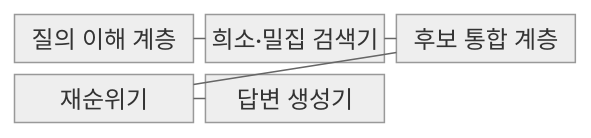
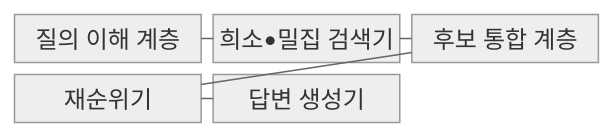
The first of 2 diagrams in src/content/docs/notes/08-latest-tech/086_ai_search.md (agnusdei1207/knowledge-base), drawn with Mermaid (neutral theme) before and after one commit. The commit also changed other lines of this file and 953 other files, not shown here.

````diff
--- a/src/content/docs/notes/08-latest-tech/086_ai_search.md
+++ b/src/content/docs/notes/08-latest-tech/086_ai_search.md
@@ -66,13 +66,13 @@
 ```mermaid
 block-beta
   columns 3
   A["질의 이해 계층"]
-  B["희소·밀집 검색기"]
+  B["희소•밀집 검색기"]
   C["후보 통합 계층"]
   D["재순위기"]
   E["답변 생성기"]
   A --- B
   B --- C
   C --- D
   D --- E
 ```
````
